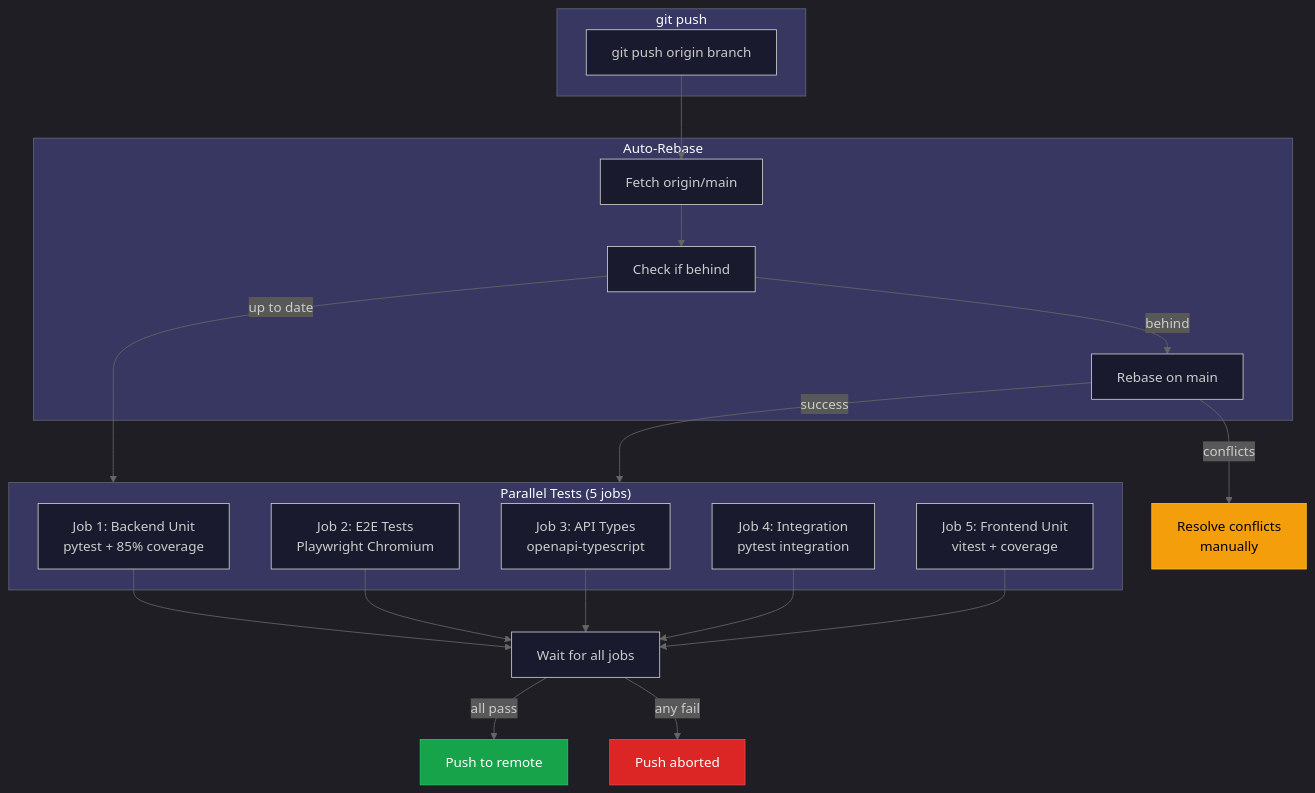
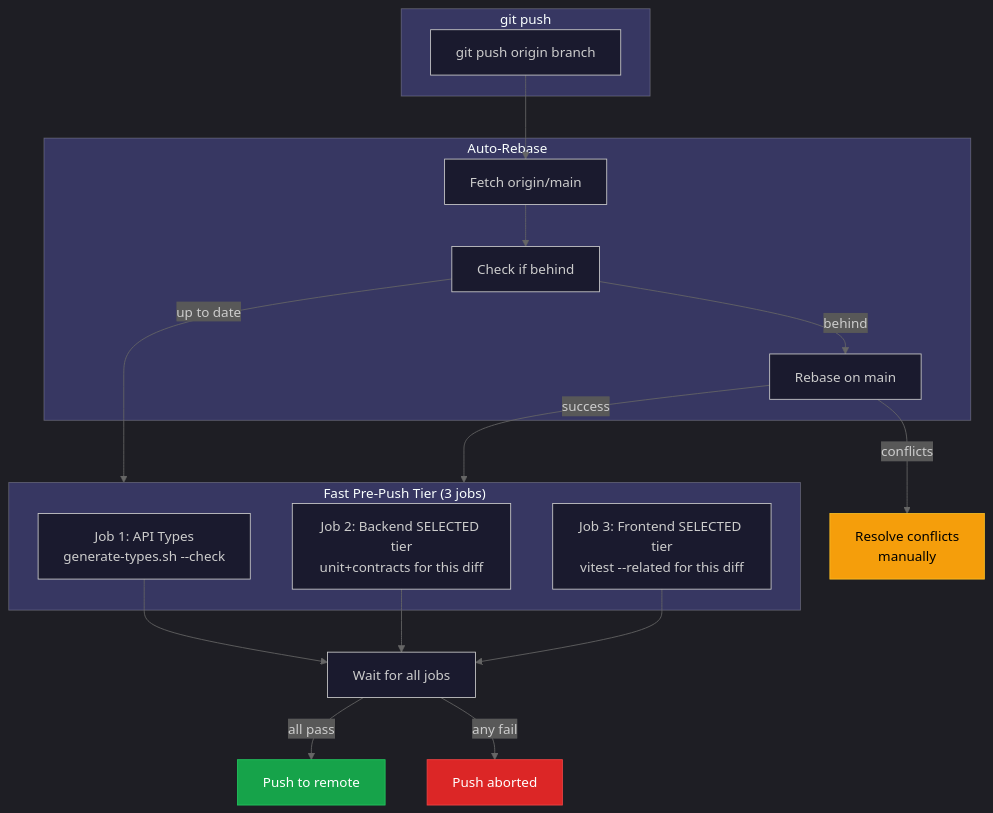
Before and after one commit to mikesvoboda/nemotron-v3-home-security-intelligence: the second of 3 diagrams in docs/development/hooks.md, drawn with Mermaid. The commit also changed other lines of this file and 313 other files, not shown here.

````diff
--- a/docs/development/hooks.md
+++ b/docs/development/hooks.md
@@ -125,50 +125,48 @@
 ```mermaid
 %%{init: {
   'theme': 'dark',
   'themeVariables': {
     'primaryColor': '#3B82F6',
     'primaryTextColor': '#FFFFFF',
     'primaryBorderColor': '#60A5FA',
     'secondaryColor': '#A855F7',
     'tertiaryColor': '#009688',
     'background': '#121212',
     'mainBkg': '#1a1a2e',
     'lineColor': '#666666'
   }
 }}%%
 flowchart TB
     subgraph Trigger["git push"]
         PUSH["git push origin branch"]
     end
 
     subgraph Rebase["Auto-Rebase"]
         FETCH["Fetch origin/main"]
         CHECK["Check if behind"]
         REBASE["Rebase on main"]
     end
 
-    subgraph Parallel["Parallel Tests (5 jobs)"]
-        JOB1["Job 1: Backend Unit<br/>pytest + 85% coverage"]
-        JOB2["Job 2: E2E Tests<br/>Playwright Chromium"]
-        JOB3["Job 3: API Types<br/>openapi-typescript"]
-        JOB4["Job 4: Integration<br/>pytest integration"]
-        JOB5["Job 5: Frontend Unit<br/>vitest + coverage"]
+    subgraph Parallel["Fast Pre-Push Tier (3 jobs)"]
+        JOB1["Job 1: API Types<br/>generate-types.sh --check"]
+        JOB2["Job 2: Backend SELECTED tier<br/>unit+contracts for this diff"]
+        JOB3["Job 3: Frontend SELECTED tier<br/>vitest --related for this diff"]
     end
 
     PUSH --> FETCH
     FETCH --> CHECK
 
     CHECK -->|"up to date"| Parallel
     CHECK -->|"behind"| REBASE
     REBASE -->|"success"| Parallel
     REBASE -->|"conflicts"| CONFLICT["Resolve conflicts<br/>manually"]
 
-    JOB1 & JOB2 & JOB3 & JOB4 & JOB5 --> WAIT["Wait for all jobs"]
+    JOB1 & JOB2 & JOB3 --> WAIT["Wait for all jobs"]
 
     WAIT -->|"all pass"| SUCCESS["Push to remote"]
     WAIT -->|"any fail"| FAIL["Push aborted"]
 
     style SUCCESS fill:#16A34A,stroke:#22C55E,color:#FFFFFF
     style FAIL fill:#DC2626,stroke:#EF4444,color:#FFFFFF
     style CONFLICT fill:#F59E0B,stroke:#FBBF24,color:#000000
 ```
````
